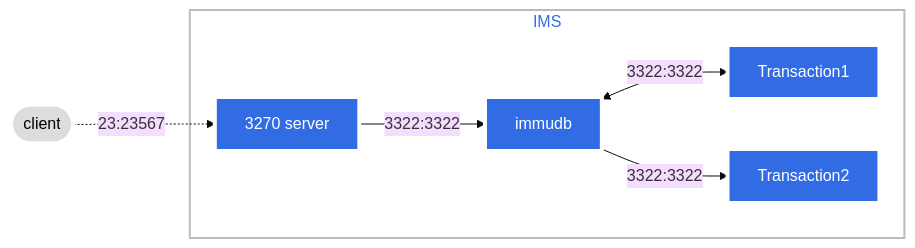
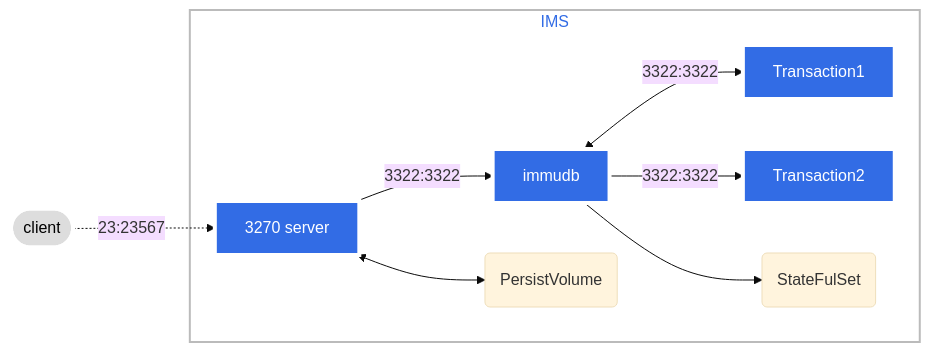
The diagram in mermaid.md (alexbezu/gobol), drawn with Mermaid (base theme) before and after one commit.

Commit message:
mermaid PV

````diff
--- a/mermaid.md
+++ b/mermaid.md
@@ -1,16 +1,18 @@
 ```mermaid
 graph LR;
  client([client])-. 23:23567 .->ingress[3270 server];
  ingress-->|3322:3322|service[immudb];
  subgraph cluster[IMS]
  ingress;
  service<-->|3322:3322|pod1[Transaction1];
  service-->|3322:3322|pod2[Transaction2];
+ service-->pod4(StateFulSet);
+ ingress<-->pod3(PersistVolume);
  end
  classDef plain fill:#ddd,stroke:#fff,stroke-width:4px,color:#000;
  classDef k8s fill:#326ce5,stroke:#fff,stroke-width:4px,color:#fff;
  classDef cluster fill:#fff,stroke:#bbb,stroke-width:2px,color:#326ce5;
  class ingress,service,pod1,pod2 k8s;
  class client plain;
  class cluster cluster;
  ```
````
